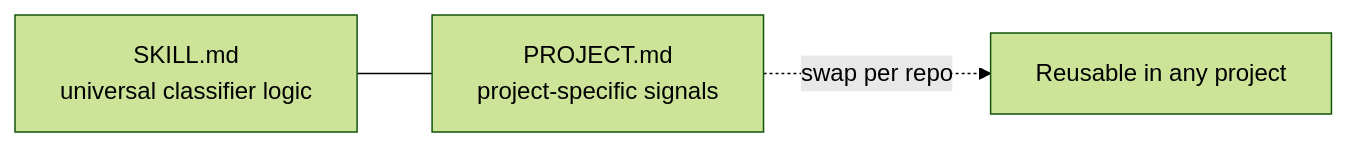
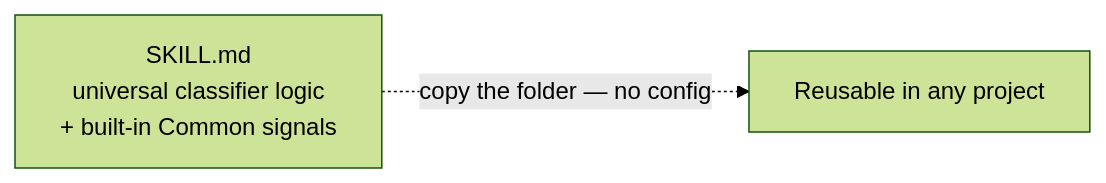
The fourth of 4 diagrams in skills/README.md (minhtran3124/agent-harness), drawn with Mermaid (forest theme) before and after one commit. The commit also changed other lines of this file and 5 other files, not shown here.

````diff
--- a/skills/README.md
+++ b/skills/README.md
@@ -321,7 +331,5 @@
 ```mermaid
 graph LR
-    SKILL["SKILL.md<br/>universal classifier logic"]
-    PROJ["PROJECT.md<br/>project-specific signals"]
-    SKILL --- PROJ
-    PROJ -.->|"swap per repo"| NEW["Reusable in any project"]
+    SKILL["SKILL.md<br/>universal classifier logic<br/>+ built-in Common signals"]
+    SKILL -.->|"copy the folder — no config"| NEW["Reusable in any project"]
 ```
````
